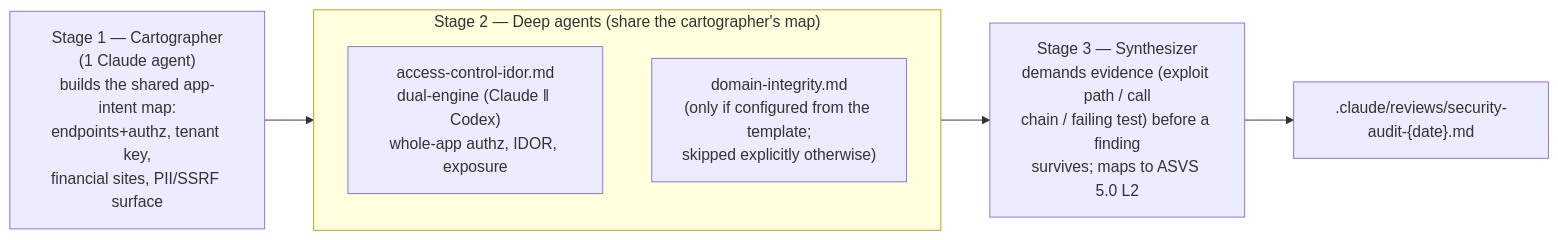
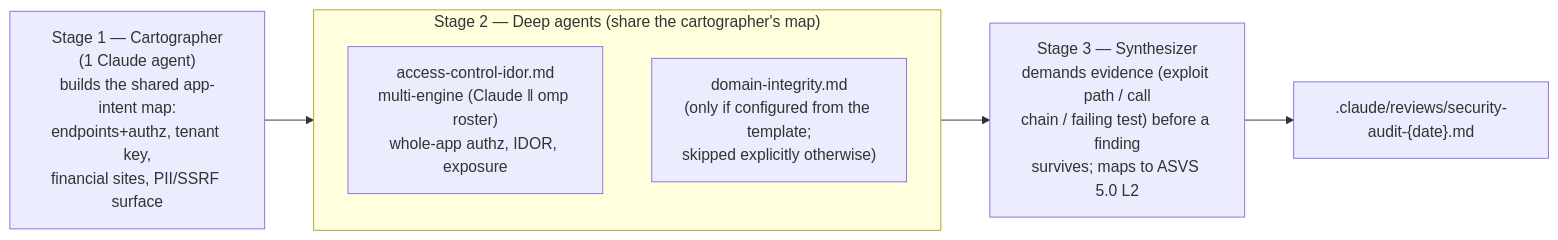
The second of 2 diagrams in agents/codebase/README.md (nodera-studio/agent-os), drawn with Mermaid before and after one commit. The commit also changed other lines of this file and 10 other files, not shown here.

First line of the commit message:
Move the codebase audits to scripts plus the omp roster

````diff
--- a/agents/codebase/README.md
+++ b/agents/codebase/README.md
@@ -23,13 +23,13 @@
 ```mermaid
 flowchart LR
     MAP["Stage 1 — Cartographer<br/>(1 Claude agent)<br/>builds the shared app-intent map:<br/>endpoints+authz, tenant key,<br/>financial sites, PII/SSRF surface"] --> DEEP
 
     subgraph DEEP["Stage 2 — Deep agents (share the cartographer's map)"]
         direction TB
-        IDOR["access-control-idor.md<br/>dual-engine (Claude ‖ Codex)<br/>whole-app authz, IDOR, exposure"]
+        IDOR["access-control-idor.md<br/>multi-engine (Claude ‖ omp roster)<br/>whole-app authz, IDOR, exposure"]
         DOM["domain-integrity.md<br/>(only if configured from the template;<br/>skipped explicitly otherwise)"]
     end
 
     DEEP --> SYN["Stage 3 — Synthesizer<br/>demands evidence (exploit path / call<br/>chain / failing test) before a finding<br/>survives; maps to ASVS 5.0 L2"]
     SYN --> REP[".claude/reviews/security-audit-{date}.md"]
 ```
````
